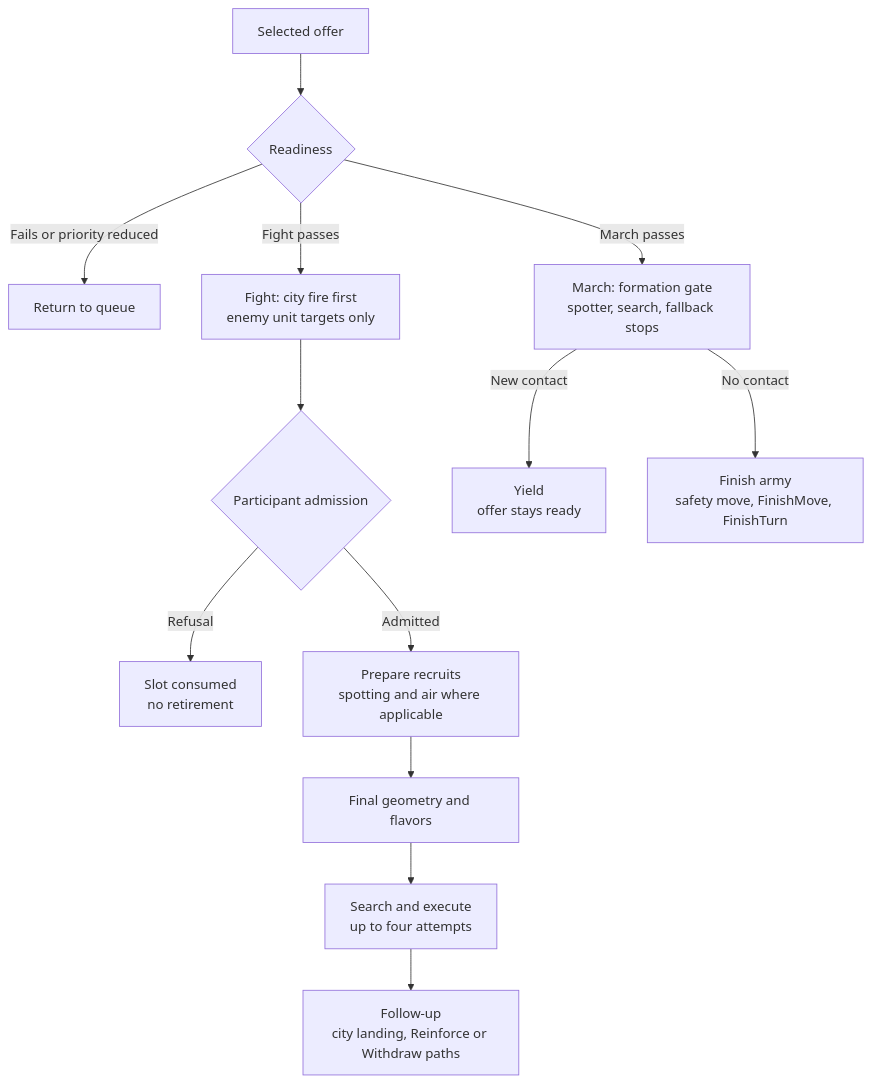
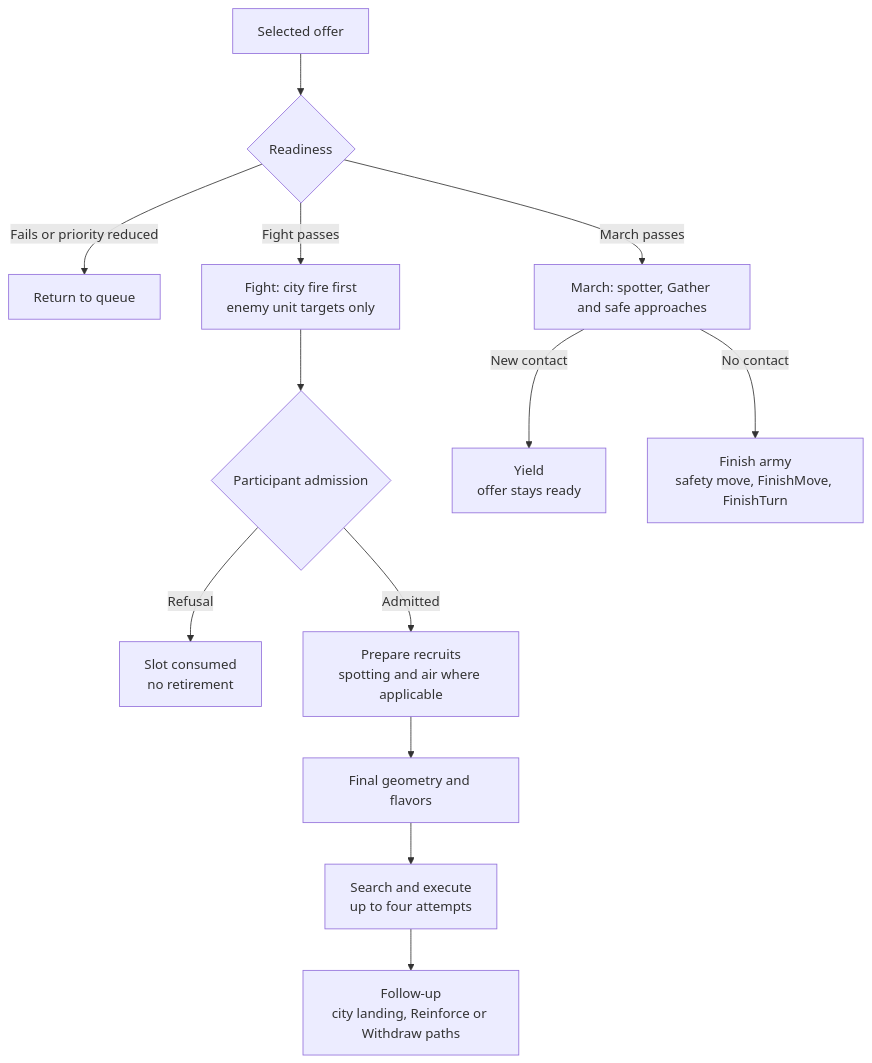
The diagram in docs/developers/civ5-dll/unit-ai/commands/execution.md (vox-deorum/vox-deorum), drawn with Mermaid before and after one commit. The commit also changed other lines of this file and 5 other files, not shown here.

````diff
--- a/docs/developers/civ5-dll/unit-ai/commands/execution.md
+++ b/docs/developers/civ5-dll/unit-ai/commands/execution.md
@@ -7,15 +7,15 @@
 ```mermaid
 flowchart TD
     O["Selected offer"] --> C{"Readiness"}
     C -->|Fails or priority reduced| Q["Return to queue"]
     C -->|Fight passes| F["Fight: city fire first<br/>enemy unit targets only"]
     F --> A{"Participant admission"}
     A -->|Refusal| R["Slot consumed<br/>no retirement"]
     A -->|Admitted| P["Prepare recruits<br/>spotting and air where applicable"]
     P --> S["Final geometry and flavors"]
     S --> E["Search and execute<br/>up to four attempts"]
     E --> M["Follow-up<br/>city landing, Reinforce or Withdraw paths"]
-    C -->|March passes| G["March: formation gate<br/>spotter, search, fallback stops"]
+    C -->|March passes| G["March: spotter, Gather and safe approaches"]
     G -->|New contact| Y["Yield<br/>offer stays ready"]
     G -->|No contact| N["Finish army<br/>safety move, FinishMove, FinishTurn"]
 ```
````
